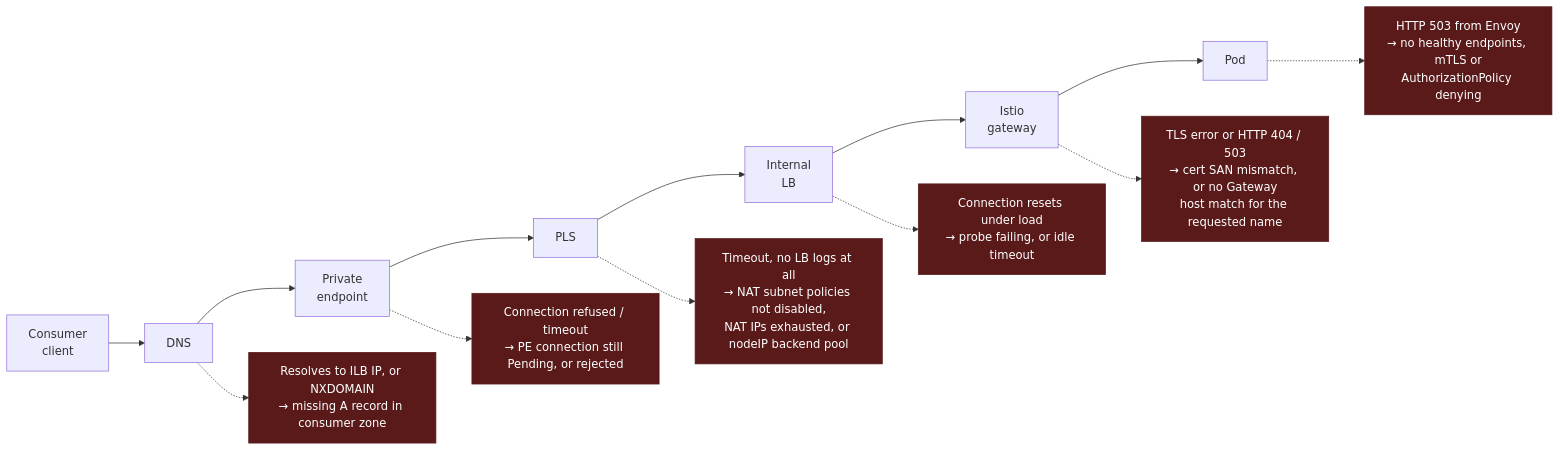
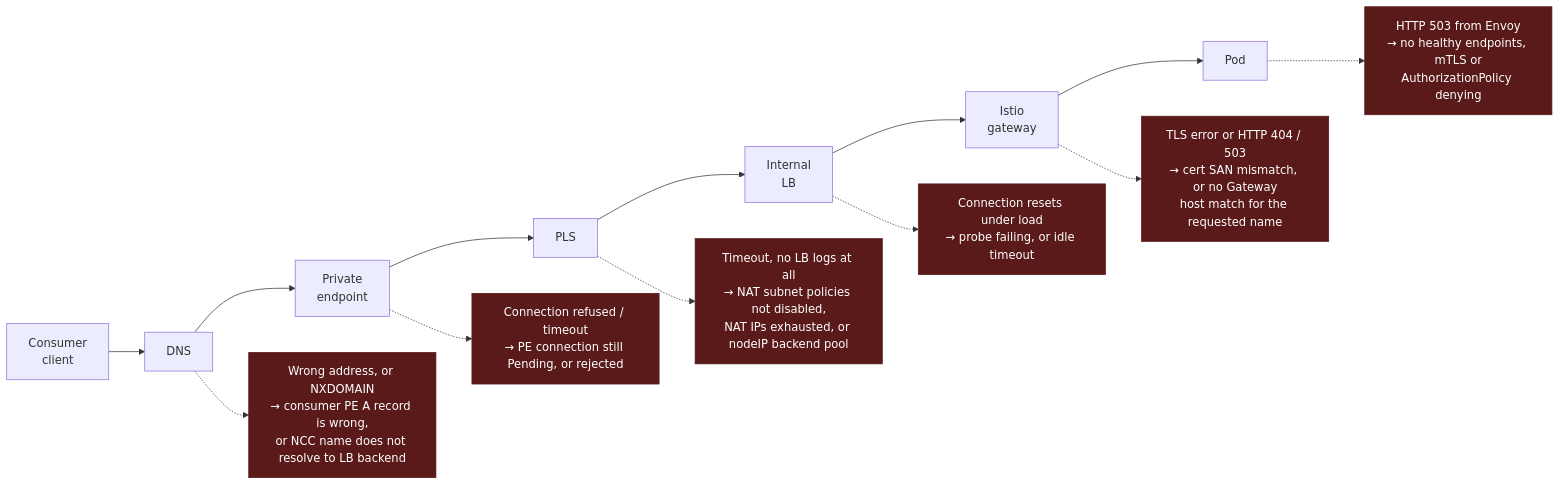
The seventh of 8 diagrams in docs/aks-private-link/REVIEW.md (davidmarkgardiner/kagent-public), drawn with Mermaid before and after one commit. The commit also changed other lines of this file and 2 other files, not shown here.

````diff
--- a/docs/aks-private-link/REVIEW.md
+++ b/docs/aks-private-link/REVIEW.md
@@ -503,18 +520,18 @@
 ```mermaid
 flowchart LR
   S1["Consumer<br/>client"] --> S2["DNS"] --> S3["Private<br/>endpoint"] --> S4["PLS"] --> S5["Internal<br/>LB"] --> S6["Istio<br/>gateway"] --> S7["Pod"]
 
-  S2 -.-> F2["Resolves to ILB IP, or NXDOMAIN<br/>→ missing A record in consumer zone"]
+  S2 -.-> F2["Wrong address, or NXDOMAIN<br/>→ consumer PE A record is wrong,<br/>or NCC name does not resolve to LB backend"]
   S3 -.-> F3["Connection refused / timeout<br/>→ PE connection still Pending, or rejected"]
   S4 -.-> F4["Timeout, no LB logs at all<br/>→ NAT subnet policies not disabled,<br/>NAT IPs exhausted, or nodeIP backend pool"]
   S5 -.-> F5["Connection resets under load<br/>→ probe failing, or idle timeout"]
   S6 -.-> F6["TLS error or HTTP 404 / 503<br/>→ cert SAN mismatch, or no Gateway<br/>host match for the requested name"]
   S7 -.-> F7["HTTP 503 from Envoy<br/>→ no healthy endpoints, mTLS or<br/>AuthorizationPolicy denying"]
 
   style F2 fill:#5a1a1a,stroke:#5a1a1a,color:#fff
   style F3 fill:#5a1a1a,stroke:#5a1a1a,color:#fff
   style F4 fill:#5a1a1a,stroke:#5a1a1a,color:#fff
   style F5 fill:#5a1a1a,stroke:#5a1a1a,color:#fff
   style F6 fill:#5a1a1a,stroke:#5a1a1a,color:#fff
   style F7 fill:#5a1a1a,stroke:#5a1a1a,color:#fff
 ```
````
